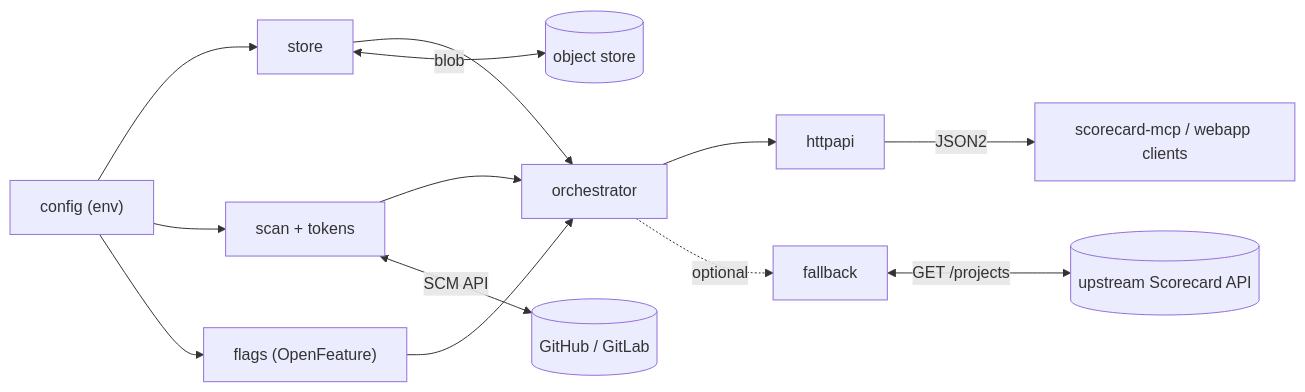
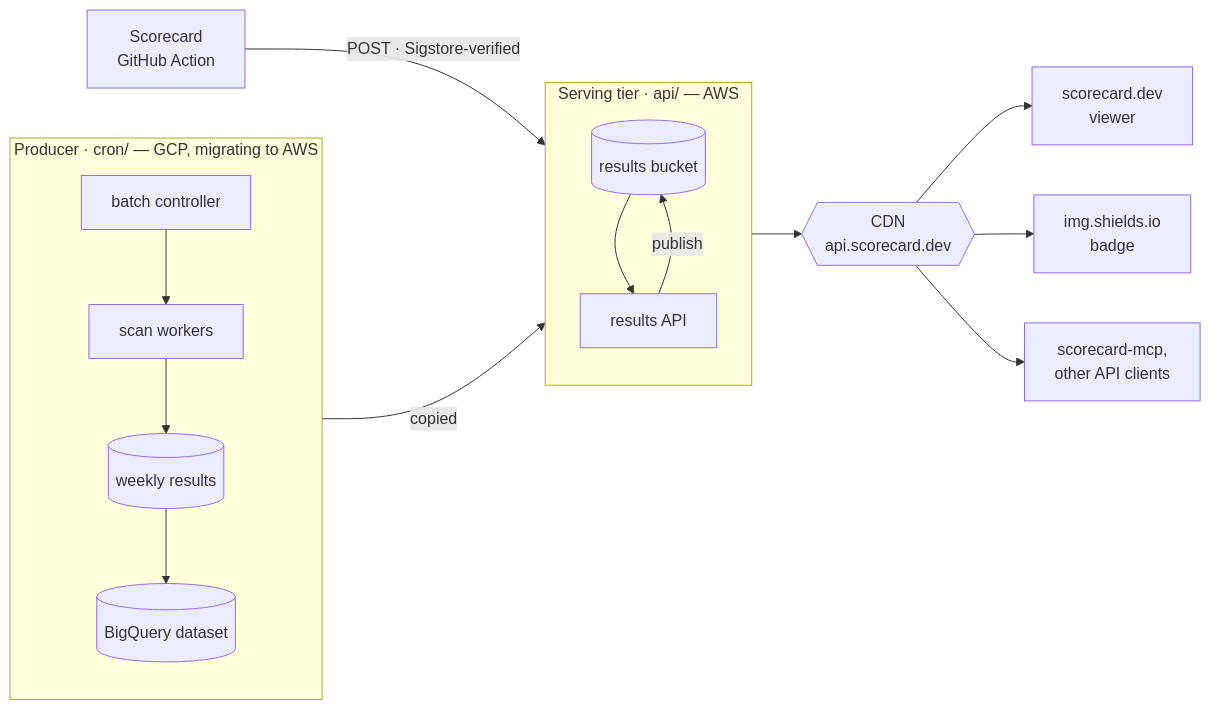
One commit to justaugustus/scorecard-infra changed the diagram in README.md. Above: the diagram before and after it, drawn with Mermaid. The commit also changed other lines of this file and 13 other files, not shown here.

````diff
--- a/README.md
+++ b/README.md
@@ -307,15 +57,26 @@
 ```mermaid
 flowchart LR
-    CFG["config (env)"] --> ST["store"]
-    CFG --> SC["scan + tokens"]
-    CFG --> FL["flags (OpenFeature)"]
-    ST --> OR["orchestrator"]
-    SC --> OR
-    FL --> OR
-    OR --> API["httpapi"]
-    OR -. "optional" .-> FB["fallback"]
-    API -- "JSON2" --> CLI["scorecard-mcp / webapp clients"]
-    ST <-- "blob" --> BK[("object store")]
-    SC <-- "SCM API" --> GH[("GitHub / GitLab")]
-    FB <-- "GET /projects" --> UP[("upstream Scorecard API")]
+    ACT["Scorecard<br/>GitHub Action"]
+
+    subgraph produce["Producer · cron/ — GCP, migrating to AWS"]
+        direction TB
+        CTL["batch controller"] --> WKR["scan workers"]
+        WKR --> COR[("weekly results")]
+        COR --> BQ[("BigQuery dataset")]
+    end
+
+    subgraph serve["Serving tier · api/ — AWS"]
+        direction TB
+        BKT[("results bucket")]
+        API["results API"]
+        BKT --> API
+        API -- "publish" --> BKT
+    end
+
+    COR -- "copied" --> BKT
+    ACT -- "POST · Sigstore-verified" --> API
+    API --> CDN{{"CDN<br/>api.scorecard.dev"}}
+    CDN --> VW["scorecard.dev<br/>viewer"]
+    CDN --> BDG["img.shields.io<br/>badge"]
+    CDN --> MCP["scorecard-mcp,<br/>other API clients"]
 ```
````
